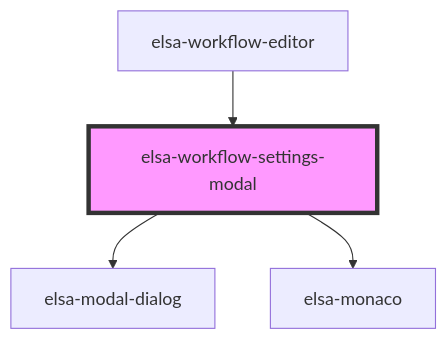
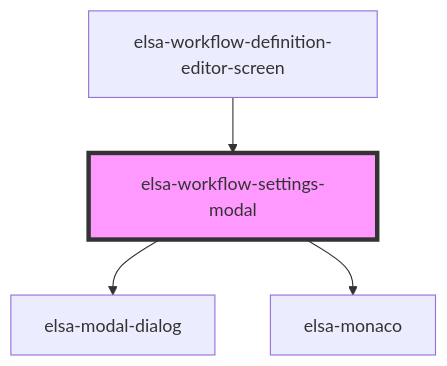
One commit to elsa-workflows/elsa-core changed the diagram in src/designer/elsa-workflows-studio/src/components/screens/workflow-definition-editor/elsa-workflow-settings-modal/readme.md. Above: the diagram before and after it, drawn with Mermaid. The commit also changed other lines of this file and 32 other files, not shown here.

````diff
--- a/src/designer/elsa-workflows-studio/src/components/screens/workflow-definition-editor/elsa-workflow-settings-modal/readme.md
+++ b/src/designer/elsa-workflows-studio/src/components/screens/workflow-definition-editor/elsa-workflow-settings-modal/readme.md
@@ -27,7 +27,7 @@
 ```mermaid
 graph TD;
   elsa-workflow-settings-modal --> elsa-modal-dialog
   elsa-workflow-settings-modal --> elsa-monaco
-  elsa-workflow-editor --> elsa-workflow-settings-modal
+  elsa-workflow-definition-editor-screen --> elsa-workflow-settings-modal
   style elsa-workflow-settings-modal fill:#f9f,stroke:#333,stroke-width:4px
 ```
````
